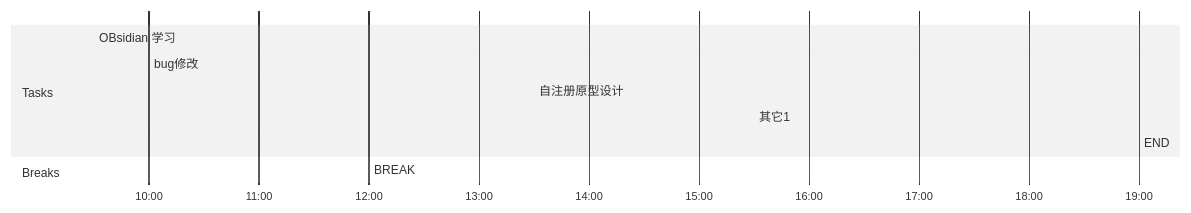
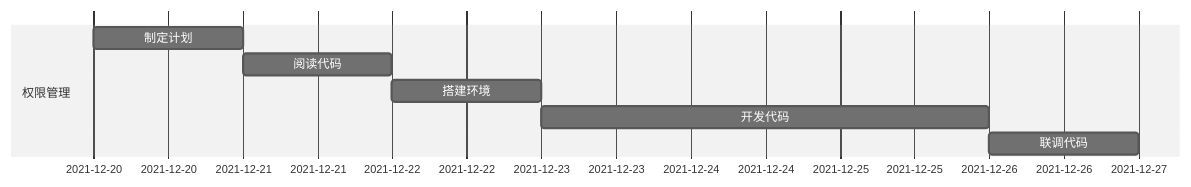
The diagram in 12时间轴/2时间轴-Line/1权限管理.md (yangld/learn), drawn with Mermaid (neutral theme) before and after one commit. The commit also changed other lines of this file and 27 other files, not shown here.

````diff
--- a/12时间轴/2时间轴-Line/1权限管理.md
+++ b/12时间轴/2时间轴-Line/1权限管理.md
@@ -2,14 +2,12 @@
 ```mermaid
 gantt
-    dateFormat  HH-mm
-    axisFormat %H:%M
-    %% Current Time: 下午1:20:14
-    section Tasks
-    OBsidian 学习     :09-30, 30mm
-    bug修改     :10-00, 120mm
-    自注册原型设计     :13-30, 120mm
-    其它1     :15-30, 210mm
-    END     :19-00, 0mm
-    section Breaks
-    BREAK     :12-00, 90mm
+    dateFormat YYYY-MM-DD
+	
+    section 权限管理
+	制定计划               :         des1, 2021-12-20,2021-12-21
+	阅读代码               :         des2, after des1, 1d
+	搭建环境               :         des3, after des2, 1d
+	开发代码               :         des4, after des3, 3d
+	联调代码               :         des5, after des4, 1d
+	
 ```
````
